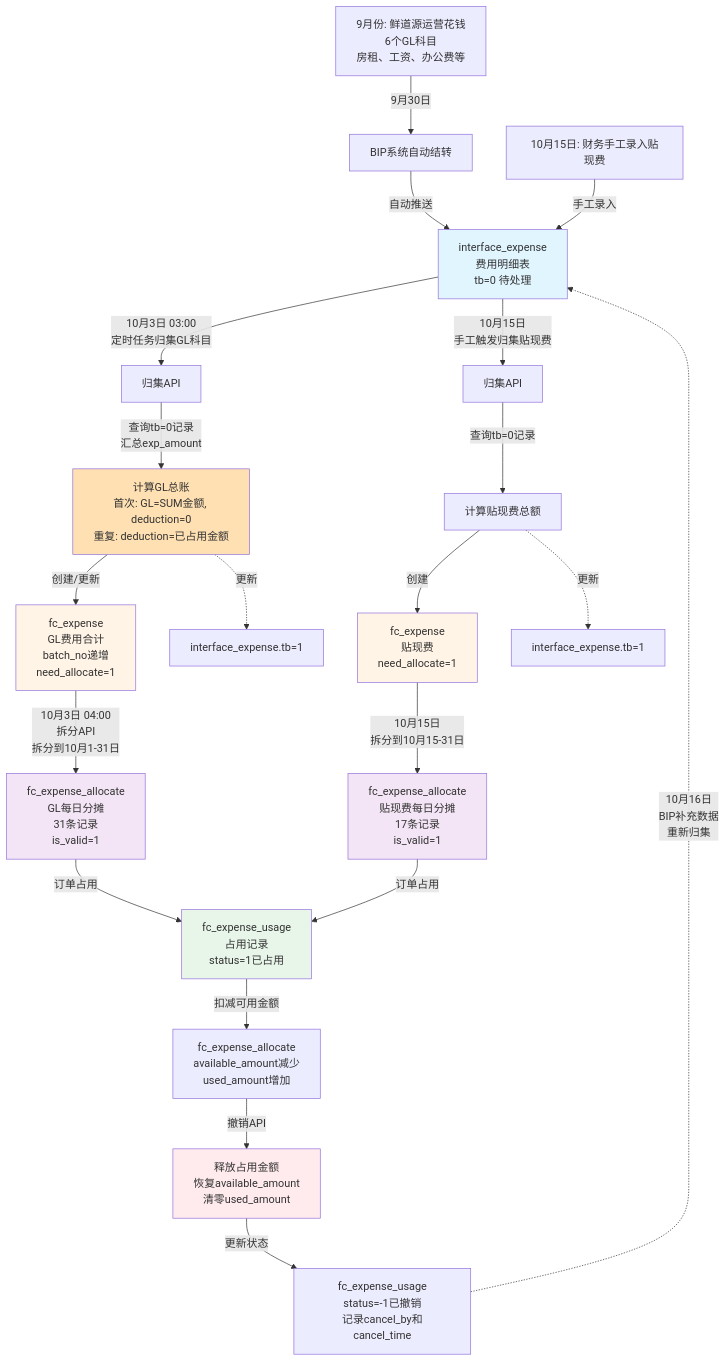
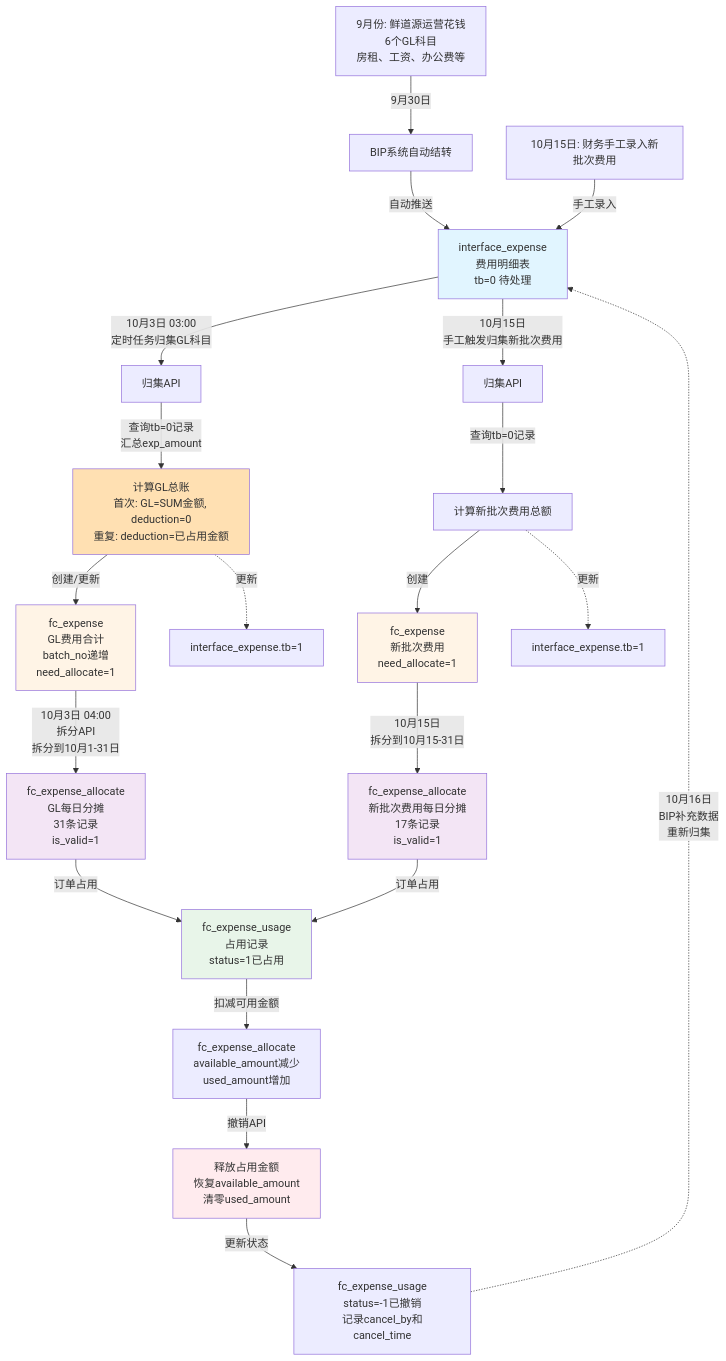
Before and after one commit to garyma-ai01/clearing-system: the first of 7 diagrams in 费用多次归集说明.md, drawn with Mermaid.

````diff
--- a/费用多次归集说明.md
+++ b/费用多次归集说明.md
@@ -39,46 +39,46 @@
 ```mermaid
 graph TB
     Start[9月份: 鲜道源运营花钱<br/>6个GL科目<br/>房租、工资、办公费等] -->|9月30日| BIP[BIP系统自动结转]
     
-    Manual[10月15日: 财务手工录入贴现费] -->|手工录入| IE[interface_expense<br/>费用明细表<br/>tb=0 待处理]
+    Manual[10月15日: 财务手工录入新批次费用] -->|手工录入| IE[interface_expense<br/>费用明细表<br/>tb=0 待处理]
     
     BIP -->|自动推送| IE
     
     IE -->|10月3日 03:00<br/>定时任务归集GL科目| Agg1[归集API]
-    IE -->|10月15日<br/>手工触发归集贴现费| Agg2[归集API]
+    IE -->|10月15日<br/>手工触发归集新批次费用| Agg2[归集API]
     
     Agg1 -->|查询tb=0记录<br/>汇总exp_amount| CalcGL[计算GL总账<br/>首次: GL=SUM金额, deduction=0<br/>重复: deduction=已占用金额]
     
-    Agg2 -->|查询tb=0记录| CalcTXF[计算贴现费总额]
+    Agg2 -->|查询tb=0记录| CalcTXF[计算新批次费用总额]
     
     CalcGL -->|创建/更新| FE1[fc_expense<br/>GL费用合计<br/>batch_no递增<br/>need_allocate=1]
     
-    CalcTXF -->|创建| FE2[fc_expense<br/>贴现费<br/>need_allocate=1]
+    CalcTXF -->|创建| FE2[fc_expense<br/>新批次费用<br/>need_allocate=1]
     
     CalcGL -.->|更新| UpdateTB1[interface_expense.tb=1]
     CalcTXF -.->|更新| UpdateTB2[interface_expense.tb=1]
     
     FE1 -->|10月3日 04:00<br/>拆分API<br/>拆分到10月1-31日| Split1[fc_expense_allocate<br/>GL每日分摊<br/>31条记录<br/>is_valid=1]
     
-    FE2 -->|10月15日<br/>拆分到10月15-31日| Split2[fc_expense_allocate<br/>贴现费每日分摊<br/>17条记录<br/>is_valid=1]
+    FE2 -->|10月15日<br/>拆分到10月15-31日| Split2[fc_expense_allocate<br/>新批次费用每日分摊<br/>17条记录<br/>is_valid=1]
     
     Split1 -->|订单占用| Occupy[fc_expense_usage<br/>占用记录<br/>status=1已占用]
     Split2 -->|订单占用| Occupy
     
     Occupy -->|扣减可用金额| Update1[fc_expense_allocate<br/>available_amount减少<br/>used_amount增加]
     
     Update1 -->|撤销API| Cancel[释放占用金额<br/>恢复available_amount<br/>清零used_amount]
     
     Cancel -->|更新状态| Update2[fc_expense_usage<br/>status=-1已撤销<br/>记录cancel_by和cancel_time]
     
     Update2 -.->|10月16日<br/>BIP补充数据<br/>重新归集| IE
     
     style IE fill:#e1f5ff
     style FE1 fill:#fff4e6
     style FE2 fill:#fff4e6
     style Split1 fill:#f3e5f5
     style Split2 fill:#f3e5f5
     style Occupy fill:#e8f5e9
     style Cancel fill:#ffebee
     style CalcGL fill:#ffe0b2
 ```
````
